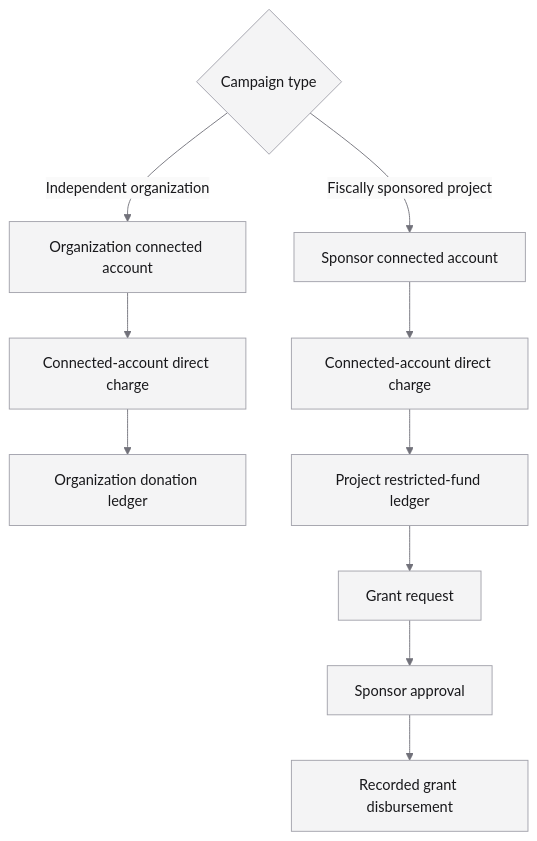
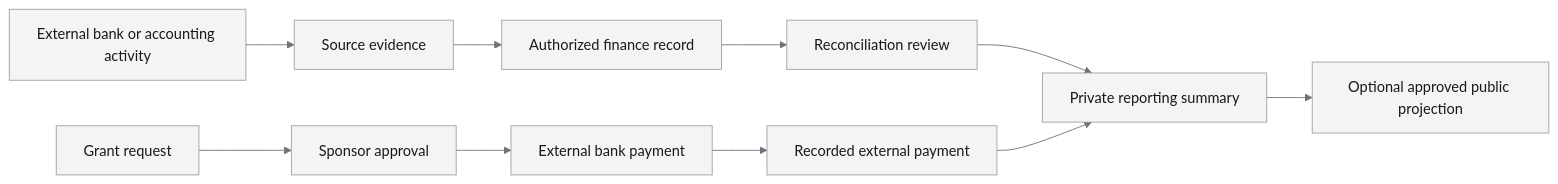
The second of 7 diagrams in docs/plans/2026-08-04-finance-fundraising-find-release-design.md (Hamernick/coach-house-lms), drawn with Mermaid before and after one commit. The commit also changed other lines of this file and 629 other files, not shown here.

````diff
--- a/docs/plans/2026-08-04-finance-fundraising-find-release-design.md
+++ b/docs/plans/2026-08-04-finance-fundraising-find-release-design.md
@@ -374,14 +391,13 @@
 ```mermaid
 %%{init: {"theme": "base", "themeVariables": {"primaryColor": "#f4f4f5", "primaryTextColor": "#18181b", "primaryBorderColor": "#a1a1aa", "lineColor": "#71717a", "secondaryColor": "#fafafa", "tertiaryColor": "#ffffff", "fontFamily": "Geist, ui-sans-serif, system-ui"}}}%%
-flowchart TD
-  Campaign{Campaign type}
-  Campaign -->|Independent organization| OrgAccount[Organization connected account]
-  Campaign -->|Fiscally sponsored project| SponsorAccount[Sponsor connected account]
-  OrgAccount --> DirectCharge[Connected-account direct charge]
-  SponsorAccount --> SponsorCharge[Connected-account direct charge]
-  DirectCharge --> OrgLedger[Organization donation ledger]
-  SponsorCharge --> RestrictedLedger[Project restricted-fund ledger]
-  RestrictedLedger --> GrantRequest[Grant request]
-  GrantRequest --> Approval[Sponsor approval]
-  Approval --> Disbursement[Recorded grant disbursement]
+flowchart LR
+  External[External bank or accounting activity] --> Evidence[Source evidence]
+  Evidence --> Record[Authorized finance record]
+  Record --> Review[Reconciliation review]
+  Review --> Summary[Private reporting summary]
+  Summary --> Public[Optional approved public projection]
+  Request[Grant request] --> Approval[Sponsor approval]
+  Approval --> BankPayment[External bank payment]
+  BankPayment --> PaymentRecord[Recorded external payment]
+  PaymentRecord --> Summary
 ```
````
